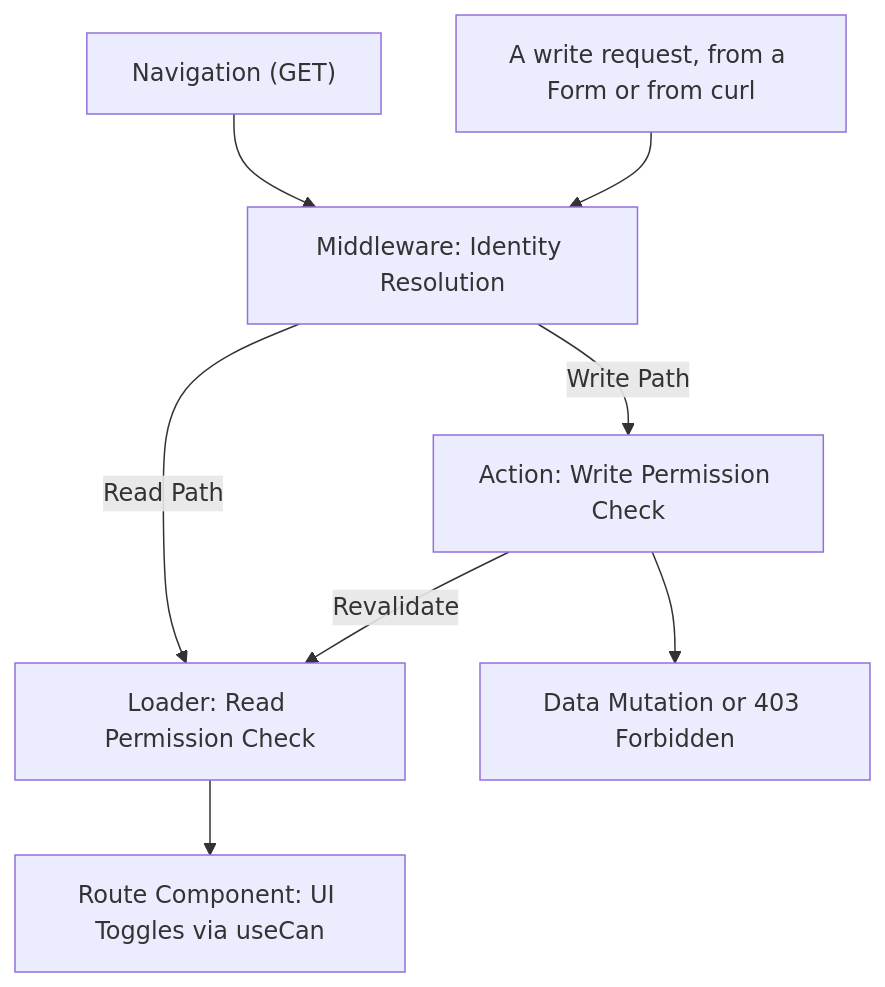
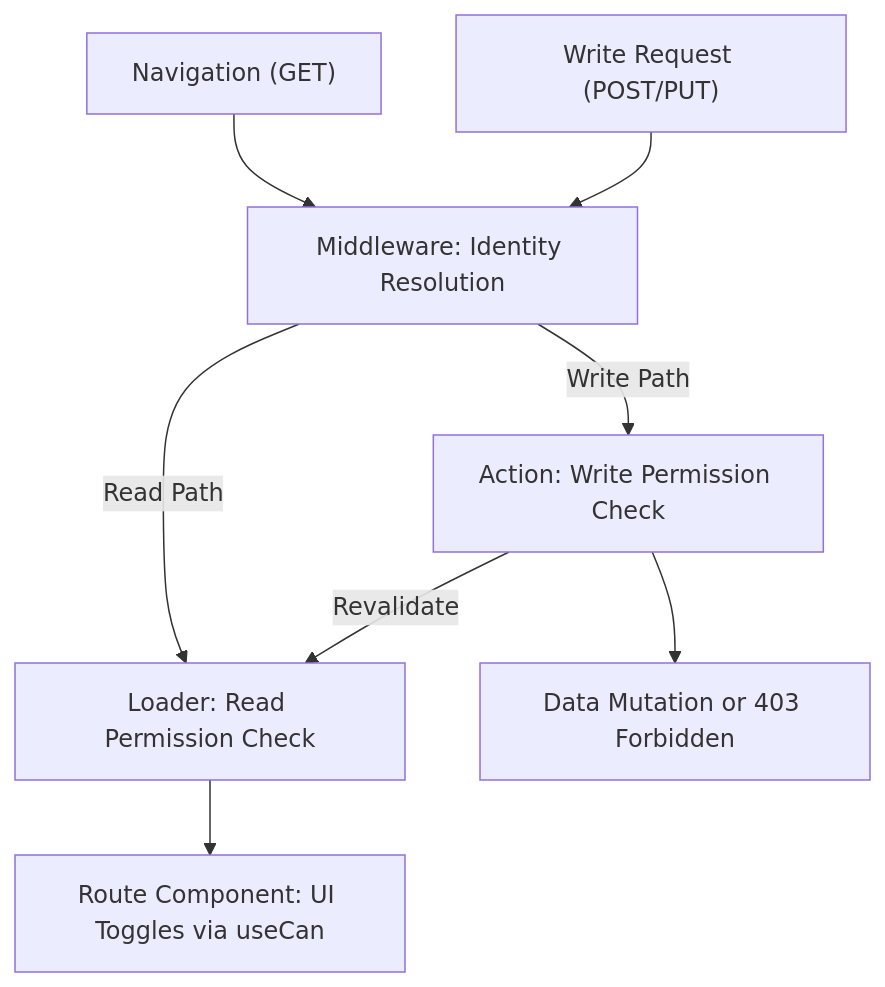
The diagram in apps/docs/content/next/acl/react-router.mdx (Evanion/libraries), drawn with Mermaid before and after one commit. The commit also changed other lines of this file and 53 other files, not shown here.

````diff
--- a/apps/docs/content/next/acl/react-router.mdx
+++ b/apps/docs/content/next/acl/react-router.mdx
@@ -44,10 +45,10 @@
 ```mermaid caption="The dual-server boundary in React Router. Middleware identifies the user, the loader gates the read, and the action independently gates the write. The browser tree sits between them, merely reflecting the policy for a better user experience."
 flowchart TD
   N["Navigation (GET)"] --> M["Middleware: Identity Resolution"]
-  P["A write request, from a Form or from curl"] --> M
+  P["Write Request (POST/PUT)"] --> M
   M -->|"Read Path"| L["Loader: Read Permission Check"]:::accent
   L --> T["Route Component: UI Toggles via useCan"]
   M -->|"Write Path"| A["Action: Write Permission Check"]
   A --> W["Data Mutation or 403 Forbidden"]
   A -->|"Revalidate"| L
 ```
````
